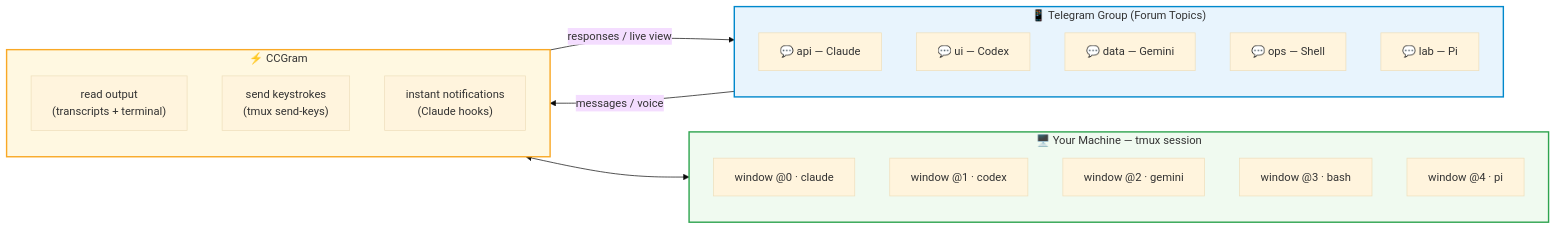
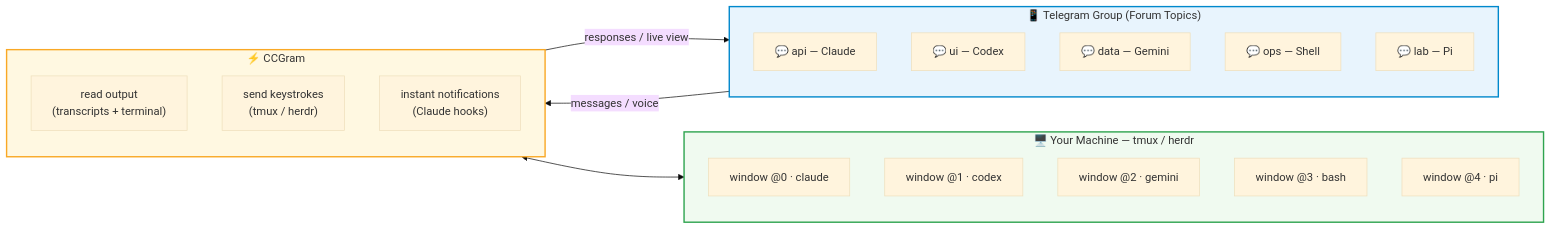
The first of 2 diagrams in README.md (byheaven/ccgram), drawn with Mermaid (base theme) before and after one commit. The commit also changed other lines of this file, not shown here.

Commit message:
docs: surface herdr backend in README text and diagrams
- Tagline names both backends with GitHub links on first mention
  (tmux default, herdr).
- 'How It Works' diagram: send-keys node and machine subgraph now
  read 'tmux / herdr' instead of tmux-only.
- Mini App live terminal: 'tmux pane' -> 'multiplexer pane'.

````diff
--- a/README.md
+++ b/README.md
@@ -31,35 +31,35 @@
 ```mermaid
 graph LR
   subgraph phone["📱 Telegram Group (Forum Topics)"]
     direction TB
     T1["💬 api — Claude"]
     T2["💬 ui — Codex"]
     T3["💬 data — Gemini"]
     T4["💬 ops — Shell"]
     T5["💬 lab — Pi"]
   end
 
   subgraph bridge["⚡ CCGram"]
     direction TB
     B1["read output\n(transcripts + terminal)"]
-    B2["send keystrokes\n(tmux send-keys)"]
+    B2["send keystrokes\n(tmux / herdr)"]
     B3["instant notifications\n(Claude hooks)"]
   end
 
-  subgraph machine["🖥️ Your Machine — tmux session"]
+  subgraph machine["🖥️ Your Machine — tmux / herdr"]
     direction TB
     W1["window @0 · claude"]
     W2["window @1 · codex"]
     W3["window @2 · gemini"]
     W4["window @3 · bash"]
     W5["window @4 · pi"]
   end
 
   phone -- "messages / voice" --> bridge
   bridge -- "responses / live view" --> phone
   bridge <--> machine
 
   style phone fill:#e8f4fd,stroke:#0088cc,stroke-width:2px,color:#333
   style bridge fill:#fff8e1,stroke:#f9a825,stroke-width:2px,color:#333
   style machine fill:#f0faf0,stroke:#2ea44f,stroke-width:2px,color:#333
 ```
````
